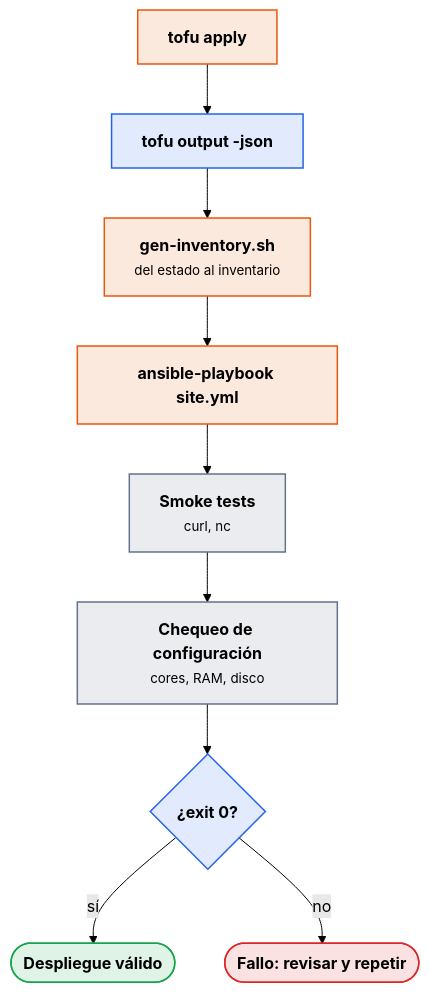
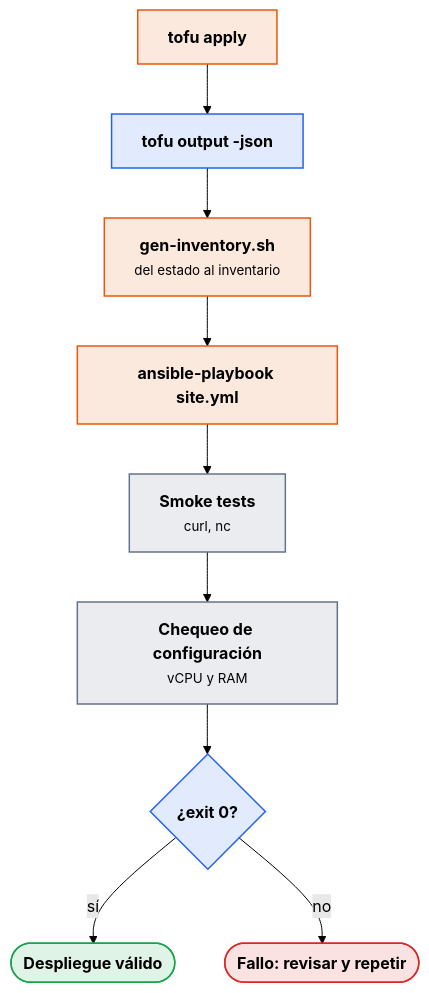
Before and after one commit to victor-educ/apuntes-5166: the sixth of 6 diagrams in docs/ut/ut5-iac.md, drawn with Mermaid (forest theme). The commit also changed other lines of this file and 15 other files, not shown here.

````diff
--- a/docs/ut/ut5-iac.md
+++ b/docs/ut/ut5-iac.md
@@ -951,21 +1183,21 @@
 ```mermaid
 flowchart TB
     T["<b>tofu apply</b>"]:::act
     O["<b>tofu output -json</b>"]:::dato
     I["<b>gen-inventory.sh</b><br><small>del estado al inventario</small>"]:::act
     A["<b>ansible-playbook site.yml</b>"]:::act
     S["<b>Smoke tests</b><br><small>curl, nc</small>"]:::pieza
-    C["<b>Chequeo de configuración</b><br><small>cores, RAM, disco</small>"]:::pieza
+    C["<b>Chequeo de configuración</b><br><small>vCPU y RAM</small>"]:::pieza
     R{"<b>¿exit 0?</b>"}:::dato
     OK(["<b>Despliegue válido</b>"]):::ok
     KO(["<b>Fallo: revisar y repetir</b>"]):::riesgo
     T --> O --> I --> A --> S --> C --> R
     R -- sí --> OK
     R -- no --> KO
     classDef act fill:#ea580c22,stroke:#ea580c,stroke-width:1.5px
     classDef pieza fill:#64748b22,stroke:#64748b,stroke-width:1.5px
     classDef dato fill:#2563eb22,stroke:#2563eb,stroke-width:1.5px
     classDef infra fill:#a1a1aa14,stroke:#a1a1aa,stroke-width:1.5px
     classDef ok fill:#16a34a22,stroke:#16a34a,stroke-width:1.5px
     classDef riesgo fill:#dc262622,stroke:#dc2626,stroke-width:1.5px
 ```
````
